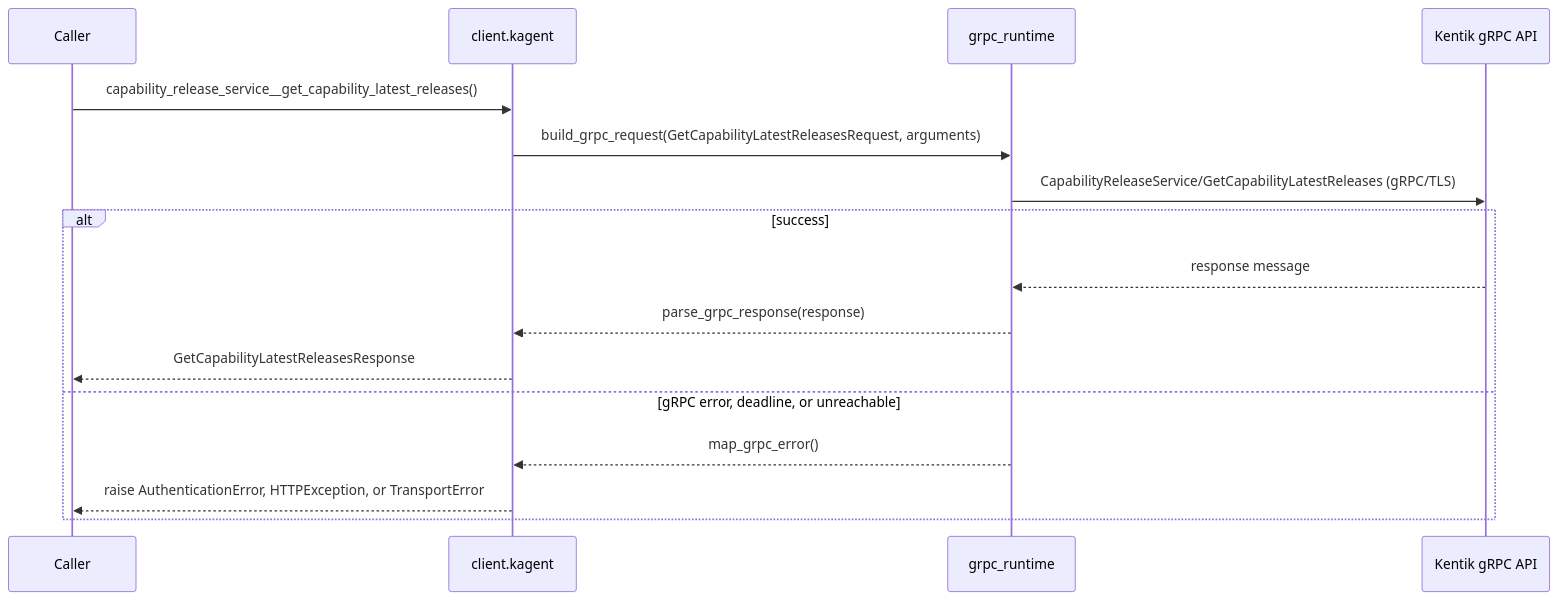
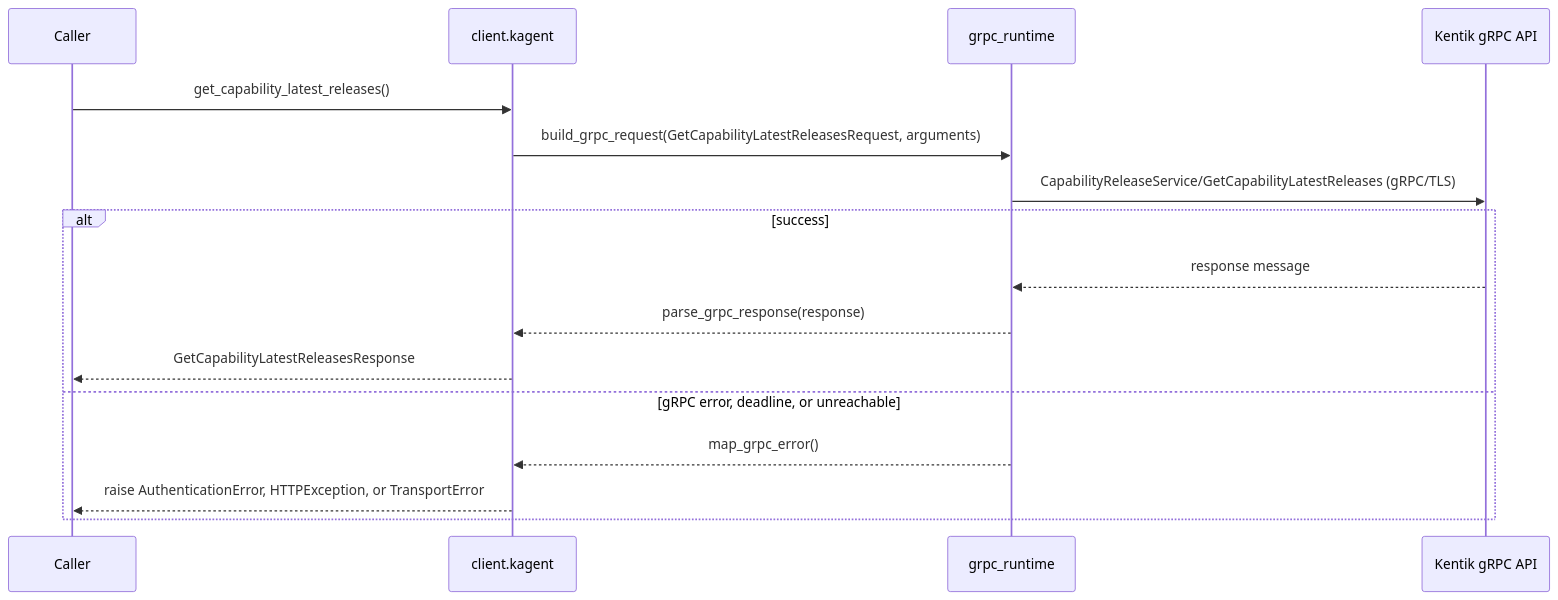
Diagram 37 of 58 in docs/sphinx/services/kagent.md (alexdearaujo/community_sdk_python), drawn with Mermaid before and after one commit. The commit also changed other lines of this file and 10 other files, not shown here.

````diff
--- a/docs/sphinx/services/kagent.md
+++ b/docs/sphinx/services/kagent.md
@@ -1357,19 +1357,19 @@
 ```mermaid
 sequenceDiagram
     participant C as Caller
     participant W as client.kagent
     participant R as grpc_runtime
     participant API as Kentik gRPC API
 
-    C->>W: capability_release_service__get_capability_latest_releases()
+    C->>W: get_capability_latest_releases()
     W->>R: build_grpc_request(GetCapabilityLatestReleasesRequest, arguments)
     R->>API: CapabilityReleaseService/GetCapabilityLatestReleases (gRPC/TLS)
     alt success
         API-->>R: response message
         R-->>W: parse_grpc_response(response)
         W-->>C: GetCapabilityLatestReleasesResponse
     else gRPC error, deadline, or unreachable
         R-->>W: map_grpc_error()
         W-->>C: raise AuthenticationError, HTTPException, or TransportError
     end
 ```
````
